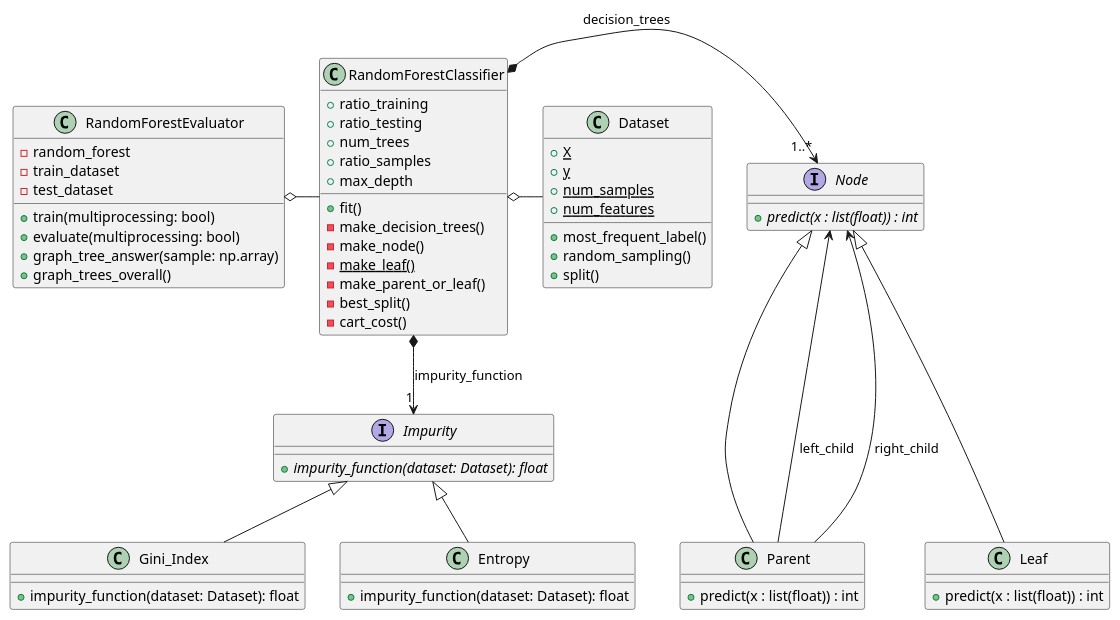
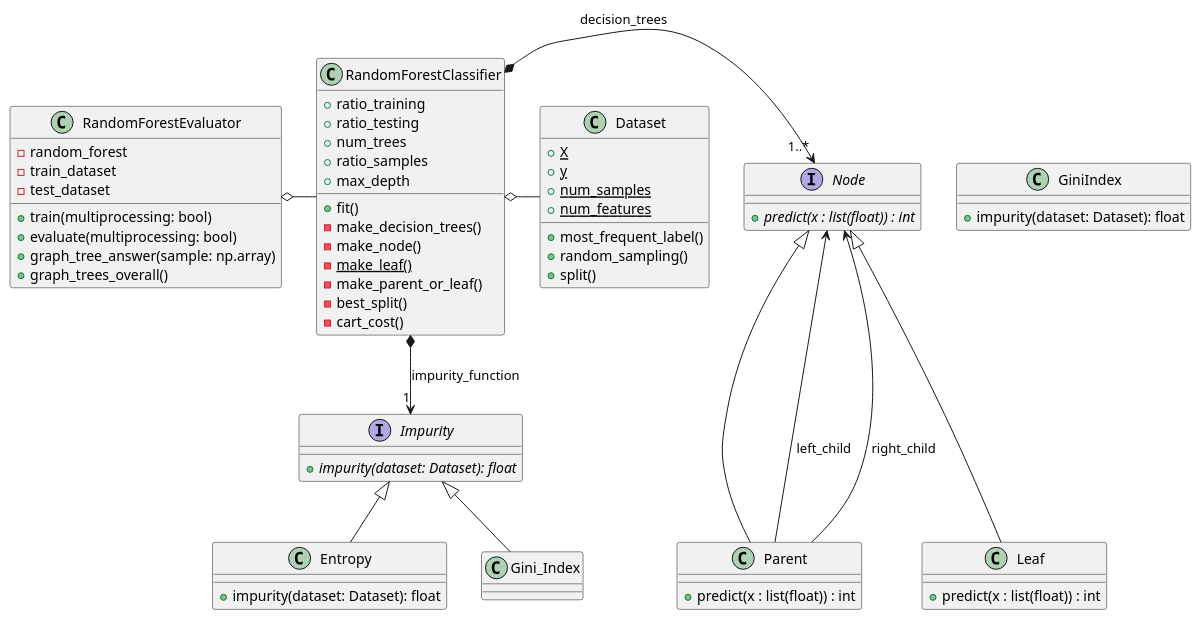
One commit to NIU1752648/POO changed the diagram in Practica/Milestone 1/RandomForest.puml. Above: the diagram before and after it, drawn with PlantUML. The commit also changed 1 other file, not shown here.

Commit message:
Closca impureses a Impurity.py

```diff
--- a/Practica/Milestone 1/RandomForest.puml
+++ b/Practica/Milestone 1/RandomForest.puml
@@ -1,74 +1,74 @@
 @startuml RandomForest
 
 class RandomForestEvaluator {
 -random_forest
 -train_dataset
 -test_dataset
 +train(multiprocessing: bool)
 +evaluate(multiprocessing: bool)
 +graph_tree_answer(sample: np.array)
 +graph_trees_overall()
 }
 
 class RandomForestClassifier {
 +ratio_training
 +ratio_testing
 +num_trees
 +ratio_samples
 +max_depth
 +fit()
 -make_decision_trees()
 -make_node()
 - {static}make_leaf()
 -make_parent_or_leaf()
 -best_split()
 -cart_cost()
 }
 
 interface Impurity {
-{abstract}+impurity_function(dataset: Dataset): float
+{abstract}+impurity(dataset: Dataset): float
 }
 
-class Gini_Index {
-    +impurity_function(dataset: Dataset): float
+class GiniIndex {
+    +impurity(dataset: Dataset): float
 }
 
 class Entropy {
-    +impurity_function(dataset: Dataset): float
+    +impurity(dataset: Dataset): float
 }
 
 interface Node {
 {abstract} +predict(x : list(float)) : int
 }
 
 class Leaf {
 +predict(x : list(float)) : int
 }
 
 class Parent {
 +predict(x : list(float)) : int
 }
 
 class Dataset {
 + {static}X
 + {static}y
 + {static}num_samples
 + {static}num_features
 
 + most_frequent_label()
 + random_sampling()
 +split()
 }
 
 RandomForestClassifier *-down-> "1" Impurity: impurity_function
 Impurity <|-down- Gini_Index
 Impurity <|-down- Entropy
 RandomForestClassifier *-right-> "1..*" Node : decision_trees
 Leaf -up--|> Node
 Parent -up--|> Node
 Parent ---> Node : left_child
 Parent ---> Node : right_child
 RandomForestClassifier o-right- Dataset
 RandomForestEvaluator o-right- RandomForestClassifier
 
 @enduml
```
